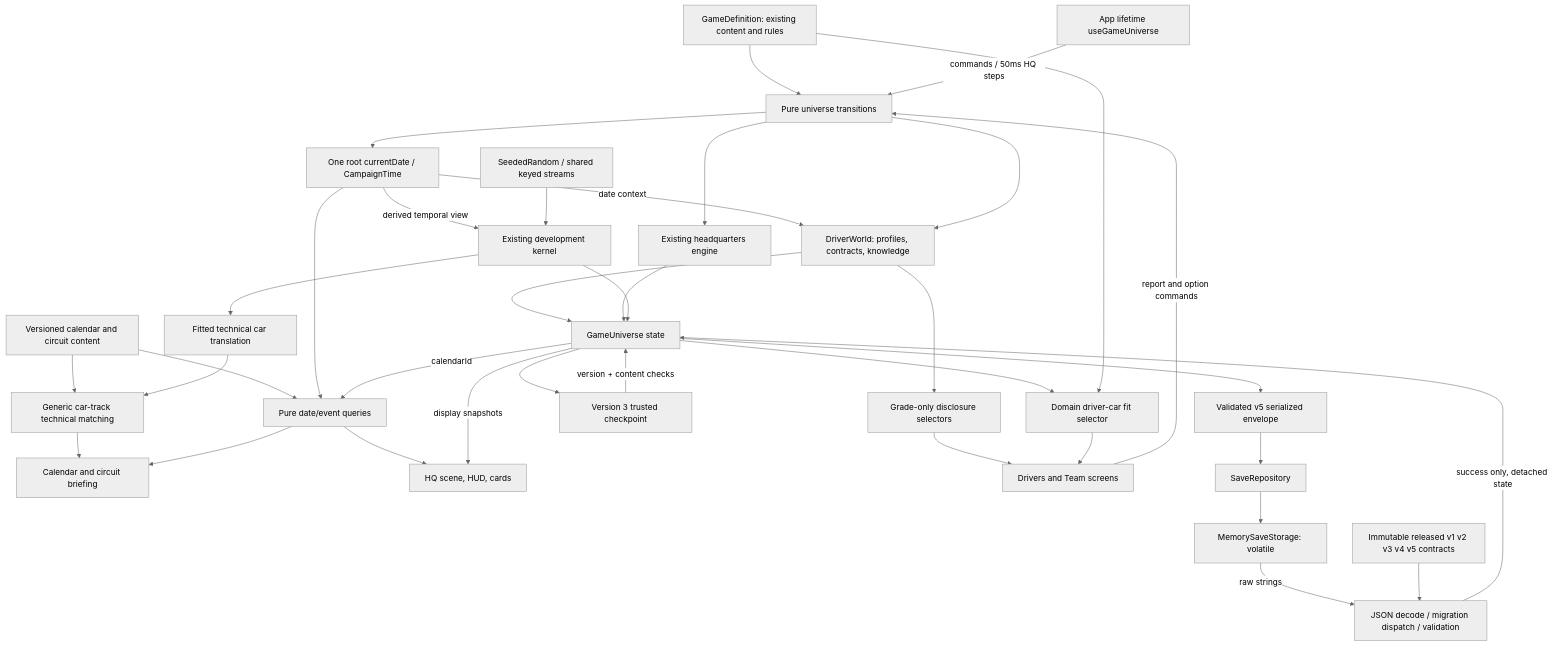
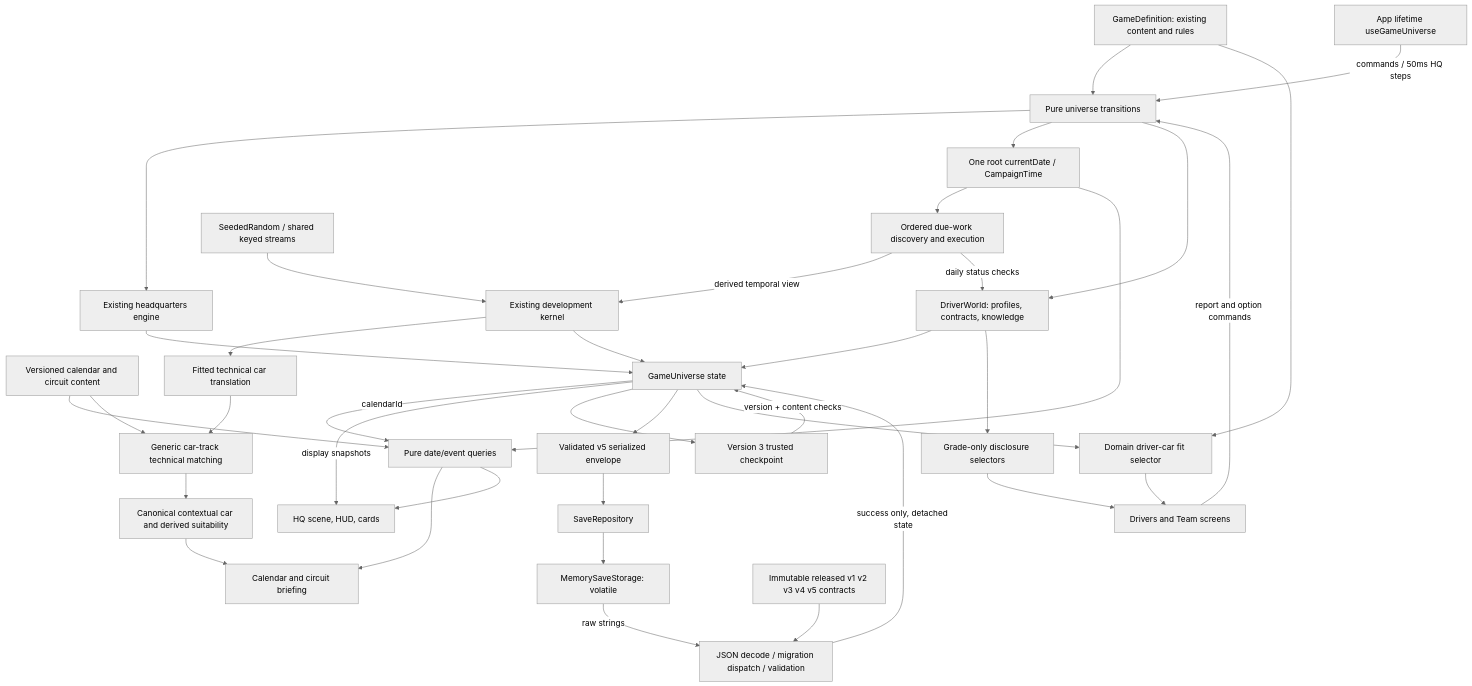
One commit to BoosterGold85/FormulaTycoon changed the diagram in docs/SYSTEM_MAP.md. Above: the diagram before and after it, drawn with Mermaid (neutral theme). The commit also changed other lines of this file and 16 other files, not shown here.

````diff
--- a/docs/SYSTEM_MAP.md
+++ b/docs/SYSTEM_MAP.md
@@ -5,38 +5,40 @@
 ```mermaid
 flowchart TD
     Definition[GameDefinition: existing content and rules] --> Universe[Pure universe transitions]
     Universe --> HQ[Existing headquarters engine]
     Universe --> Clock[One root currentDate / CampaignTime]
-    Clock -->|derived temporal view| Dev[Existing development kernel]
-    Clock -->|date context| Drivers
+    Clock --> Events[Ordered due-work discovery and execution]
+    Events -->|derived temporal view| Dev[Existing development kernel]
+    Events -->|daily status checks| Drivers
     Catalog[Versioned calendar and circuit content] --> Calendar[Pure date/event queries]
     Clock --> Calendar
     State -->|calendarId| Calendar
     Dev --> Vector[Fitted technical car translation]
     Catalog --> TrackFit[Generic car-track technical matching]
     Vector --> TrackFit
-    TrackFit --> CalendarUI[Calendar and circuit briefing]
+    TrackFit --> Technical[Canonical contextual car and derived suitability]
+    Technical --> CalendarUI[Calendar and circuit briefing]
     Calendar --> CalendarUI
     Calendar --> UI
     Universe --> Drivers[DriverWorld: profiles, contracts, knowledge]
     Drivers --> State
     Drivers --> Disclosure[Grade-only disclosure selectors]
     Disclosure --> DriverUI[Drivers and Team screens]
     DriverUI -->|report and option commands| Universe
     HQ --> State[GameUniverse state]
     Dev --> State
     App[App lifetime useGameUniverse] -->|commands / 50ms HQ steps| Universe
     State -->|display snapshots| UI[HQ scene, HUD, cards]
     State --> Checkpoint[Version 3 trusted checkpoint]
     Checkpoint -->|version + content checks| State
     State --> Envelope[Validated v5 serialized envelope]
     Envelope --> Repo[SaveRepository]
     Repo --> Memory[MemorySaveStorage: volatile]
     Memory -->|raw strings| Decode[JSON decode / migration dispatch / validation]
     Frozen[Immutable released v1 v2 v3 v4 v5 contracts] --> Decode
     State --> Fit[Domain driver-car fit selector]
     Definition --> Fit
     Fit --> DriverUI
     Decode -->|success only, detached state| State
     RNG[SeededRandom / shared keyed streams] --> Dev
 ```
````
